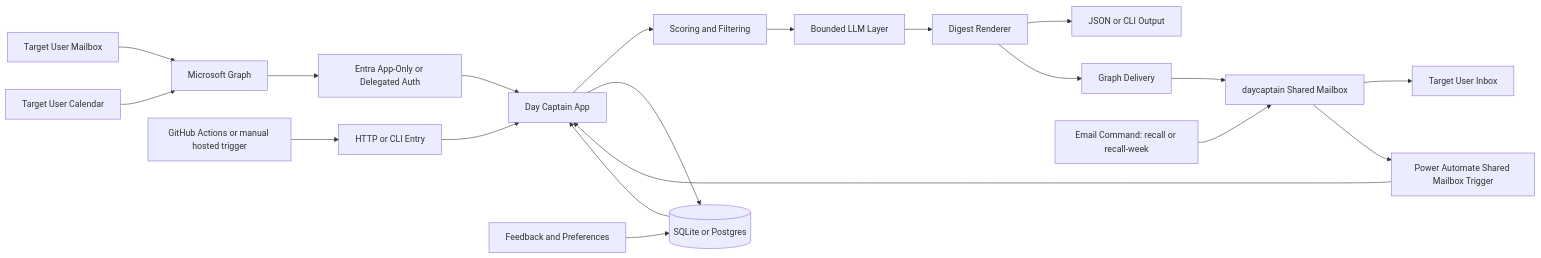
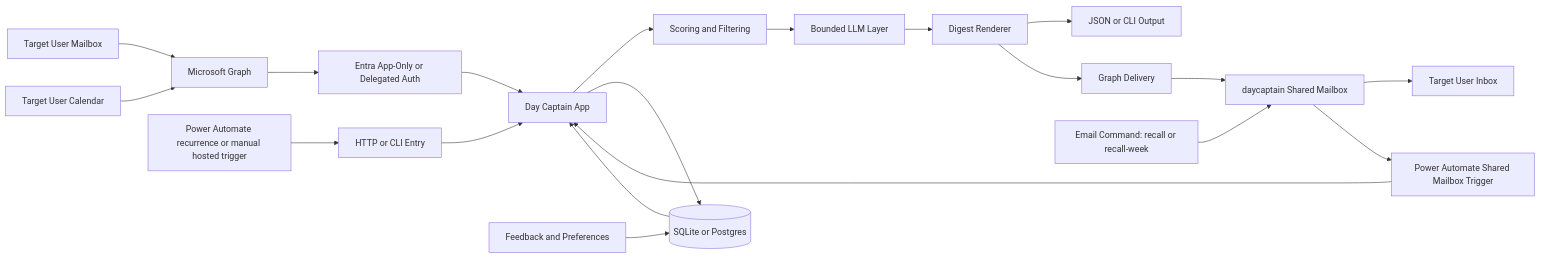
Before and after one commit to AlexAgo83/day-captain: the diagram in README.md, drawn with Mermaid. The commit also changed other lines of this file and 22 other files, not shown here.

Commit message:
Prepare Power Automate scheduler migration corpus

````diff
--- a/README.md
+++ b/README.md
@@ -18,22 +18,22 @@
 ```mermaid
 flowchart LR
     TargetMailbox[Target User Mailbox] --> Graph[Microsoft Graph]
     Calendar[Target User Calendar] --> Graph
     Graph --> Auth[Entra App-Only or Delegated Auth]
     Auth --> App[Day Captain App]
     App --> Score[Scoring and Filtering]
     Score --> LLM[Bounded LLM Layer]
     LLM --> Render[Digest Renderer]
     Render --> Json[JSON or CLI Output]
     Render --> Delivery[Graph Delivery]
     Delivery --> SenderMailbox[daycaptain Shared Mailbox]
     SenderMailbox --> Recipient[Target User Inbox]
     UserCommand[Email Command: recall or recall-week] --> SenderMailbox
     SenderMailbox --> CommandTrigger[Power Automate Shared Mailbox Trigger]
     CommandTrigger --> App
-    Scheduler[GitHub Actions or manual hosted trigger] --> Web[HTTP or CLI Entry]
+    Scheduler[Power Automate recurrence or manual hosted trigger] --> Web[HTTP or CLI Entry]
     Web --> App
     App --> Storage[(SQLite or Postgres)]
     Feedback[Feedback and Preferences] --> Storage
     Storage --> App
 ```
````
